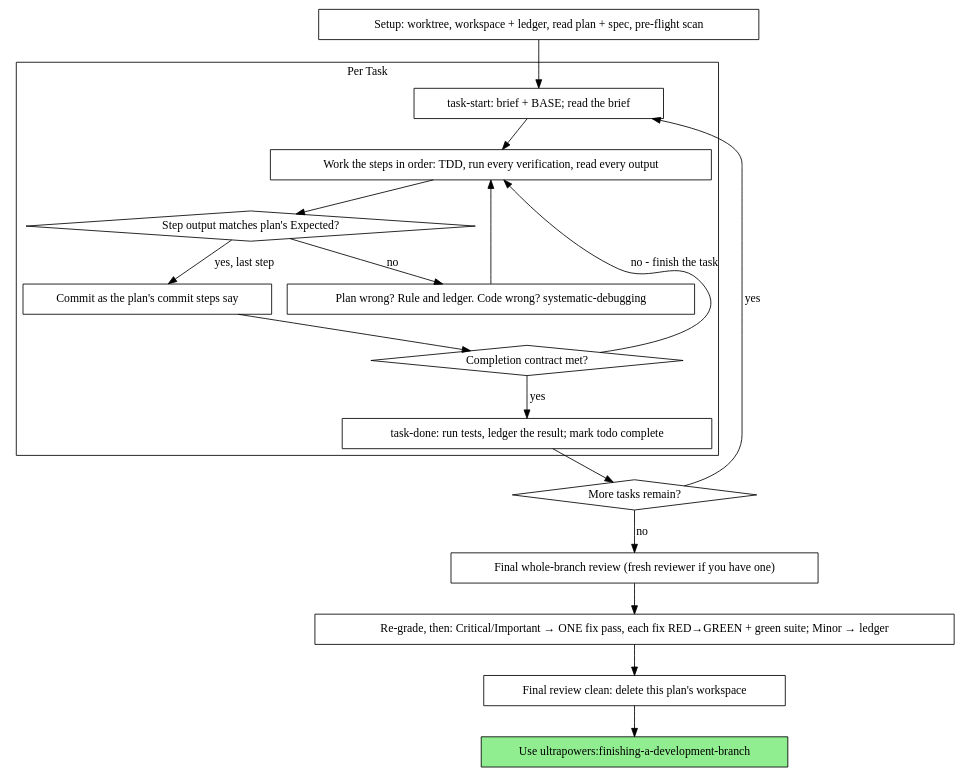
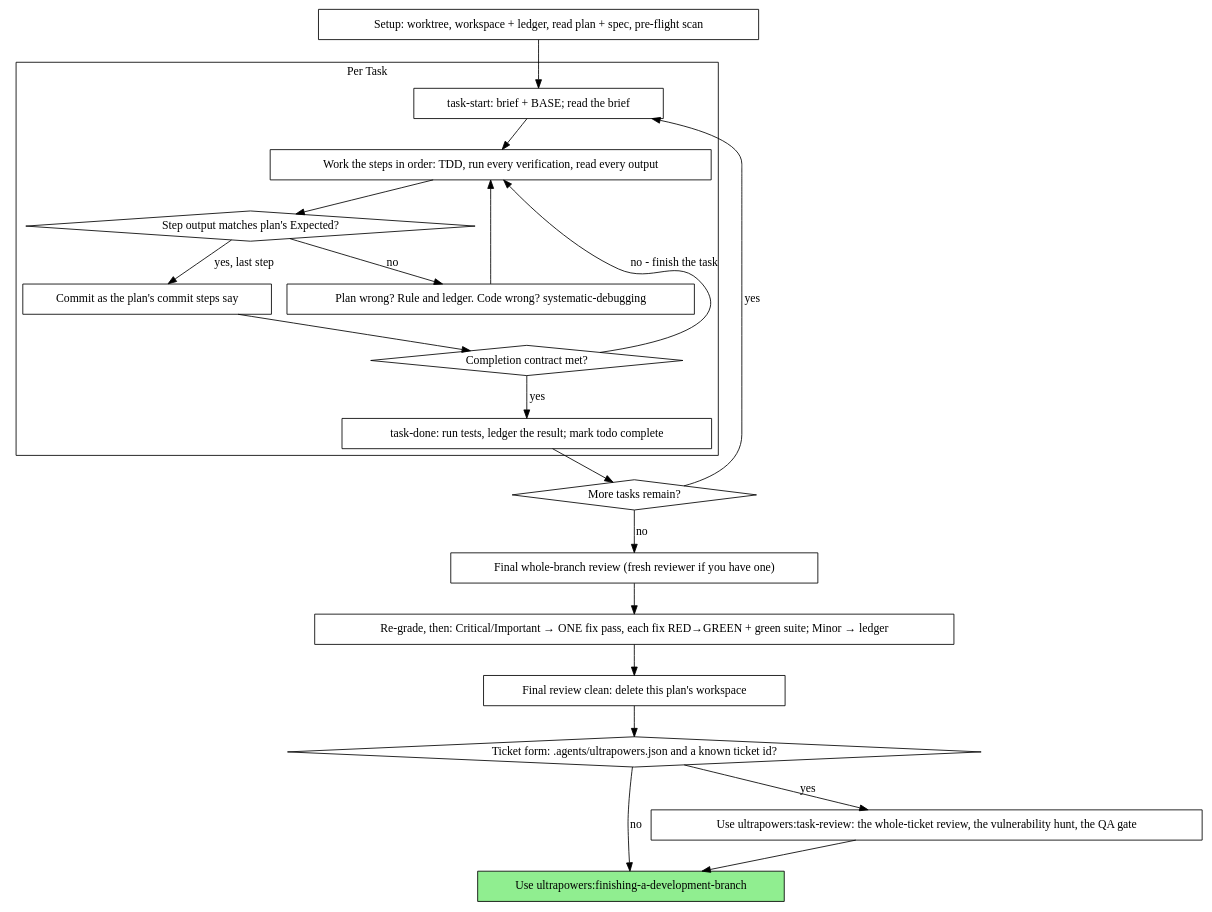
Before and after one commit to raoofaltaher/ultrapowers: the diagram in skills/executing-plans/SKILL.md, drawn with Graphviz. The commit also changed other lines of this file and 1 other file, not shown here.

First line of the commit message:
feat(execution): the ticket form hands off to task-review before the finish

````diff
--- a/skills/executing-plans/SKILL.md
+++ b/skills/executing-plans/SKILL.md
@@ -68,39 +68,44 @@
 ```dot
 digraph process {
     rankdir=TB;
 
     subgraph cluster_per_task {
         label="Per Task";
         "task-start: brief + BASE; read the brief" [shape=box];
         "Work the steps in order: TDD, run every verification, read every output" [shape=box];
         "Step output matches plan's Expected?" [shape=diamond];
         "Plan wrong? Rule and ledger. Code wrong? systematic-debugging" [shape=box];
         "Commit as the plan's commit steps say" [shape=box];
         "Completion contract met?" [shape=diamond];
         "task-done: run tests, ledger the result; mark todo complete" [shape=box];
     }
 
     "Setup: worktree, workspace + ledger, read plan + spec, pre-flight scan" [shape=box];
     "More tasks remain?" [shape=diamond];
     "Final whole-branch review (fresh reviewer if you have one)" [shape=box];
     "Re-grade, then: Critical/Important → ONE fix pass, each fix RED→GREEN + green suite; Minor → ledger" [shape=box];
     "Final review clean: delete this plan's workspace" [shape=box];
     "Use ultrapowers:finishing-a-development-branch" [shape=box style=filled fillcolor=lightgreen];
+    "Ticket form: .agents/ultrapowers.json and a known ticket id?" [shape=diamond];
+    "Use ultrapowers:task-review: the whole-ticket review, the vulnerability hunt, the QA gate" [shape=box];
 
     "Setup: worktree, workspace + ledger, read plan + spec, pre-flight scan" -> "task-start: brief + BASE; read the brief";
     "task-start: brief + BASE; read the brief" -> "Work the steps in order: TDD, run every verification, read every output";
     "Work the steps in order: TDD, run every verification, read every output" -> "Step output matches plan's Expected?";
     "Step output matches plan's Expected?" -> "Plan wrong? Rule and ledger. Code wrong? systematic-debugging" [label="no"];
     "Plan wrong? Rule and ledger. Code wrong? systematic-debugging" -> "Work the steps in order: TDD, run every verification, read every output";
     "Step output matches plan's Expected?" -> "Commit as the plan's commit steps say" [label="yes, last step"];
     "Commit as the plan's commit steps say" -> "Completion contract met?";
     "Completion contract met?" -> "Work the steps in order: TDD, run every verification, read every output" [label="no - finish the task"];
     "Completion contract met?" -> "task-done: run tests, ledger the result; mark todo complete" [label="yes"];
     "task-done: run tests, ledger the result; mark todo complete" -> "More tasks remain?";
     "More tasks remain?" -> "task-start: brief + BASE; read the brief" [label="yes"];
     "More tasks remain?" -> "Final whole-branch review (fresh reviewer if you have one)" [label="no"];
     "Final whole-branch review (fresh reviewer if you have one)" -> "Re-grade, then: Critical/Important → ONE fix pass, each fix RED→GREEN + green suite; Minor → ledger";
     "Re-grade, then: Critical/Important → ONE fix pass, each fix RED→GREEN + green suite; Minor → ledger" -> "Final review clean: delete this plan's workspace";
-    "Final review clean: delete this plan's workspace" -> "Use ultrapowers:finishing-a-development-branch";
+    "Final review clean: delete this plan's workspace" -> "Ticket form: .agents/ultrapowers.json and a known ticket id?";
+    "Ticket form: .agents/ultrapowers.json and a known ticket id?" -> "Use ultrapowers:task-review: the whole-ticket review, the vulnerability hunt, the QA gate" [label="yes"];
+    "Use ultrapowers:task-review: the whole-ticket review, the vulnerability hunt, the QA gate" -> "Use ultrapowers:finishing-a-development-branch";
+    "Ticket form: .agents/ultrapowers.json and a known ticket id?" -> "Use ultrapowers:finishing-a-development-branch" [label="no"];
 }
 ```
````
